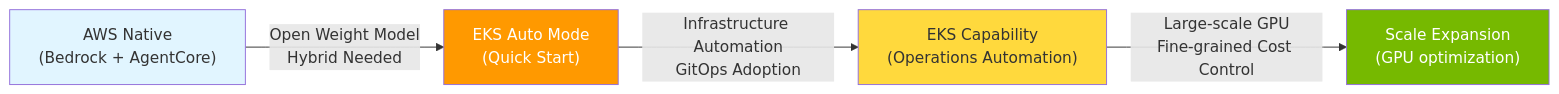
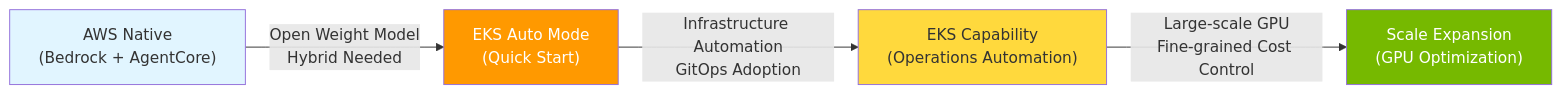
One commit to devfloor9/engineering-playbook changed the ninth of 9 diagrams in i18n/en/docusaurus-plugin-content-docs/current/agentic-ai-platform/design-architecture/platform-selection/agentic-ai-solutions-eks.md. Above: the diagram before and after it, drawn with Mermaid. The commit also changed other lines of this file and 72 other files, not shown here.

````diff
--- a/i18n/en/docusaurus-plugin-content-docs/current/agentic-ai-platform/design-architecture/platform-selection/agentic-ai-solutions-eks.md
+++ b/i18n/en/docusaurus-plugin-content-docs/current/agentic-ai-platform/design-architecture/platform-selection/agentic-ai-solutions-eks.md
@@ -527,16 +535,16 @@
 ```mermaid
 graph LR
     START["AWS Native<br/>(Bedrock + AgentCore)"]
     AUTO["EKS Auto Mode<br/>(Quick Start)"]
     CAP["EKS Capability<br/>(Operations Automation)"]
-    SCALE["Scale Expansion<br/>(GPU optimization)"]
+    SCALE["Scale Expansion<br/>(GPU Optimization)"]
 
     START -->|"Open Weight Model<br/>Hybrid Needed"| AUTO
     AUTO -->|"Infrastructure Automation<br/>GitOps Adoption"| CAP
     CAP -->|"Large-scale GPU<br/>Fine-grained Cost Control"| SCALE
 
     style START fill:#e1f5ff
     style AUTO fill:#ff9900,color:#fff
     style CAP fill:#ffd93d
     style SCALE fill:#76b900,color:#fff
 ```
````
